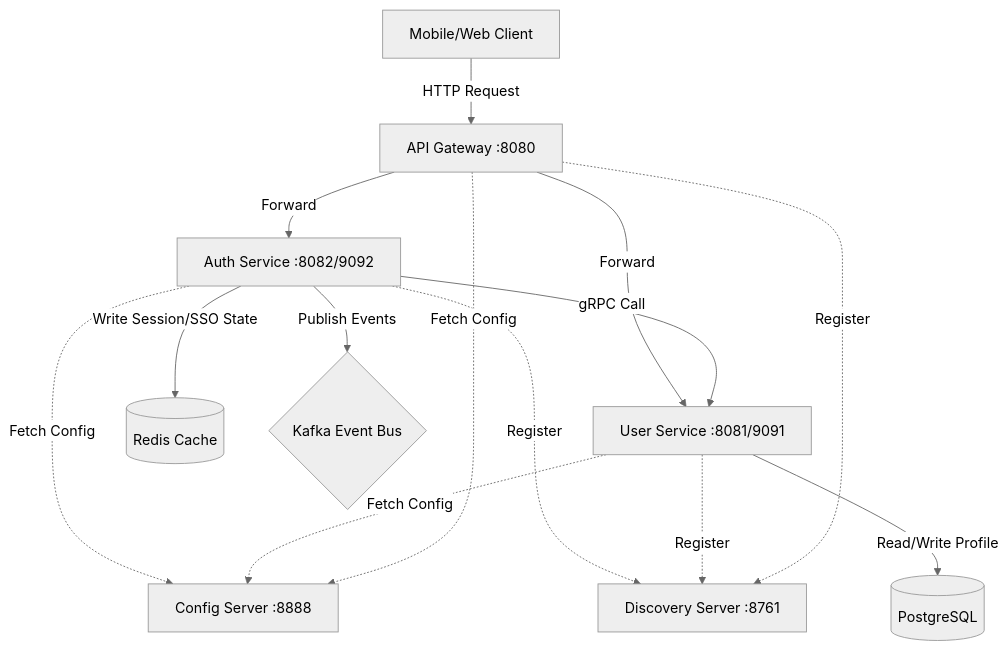
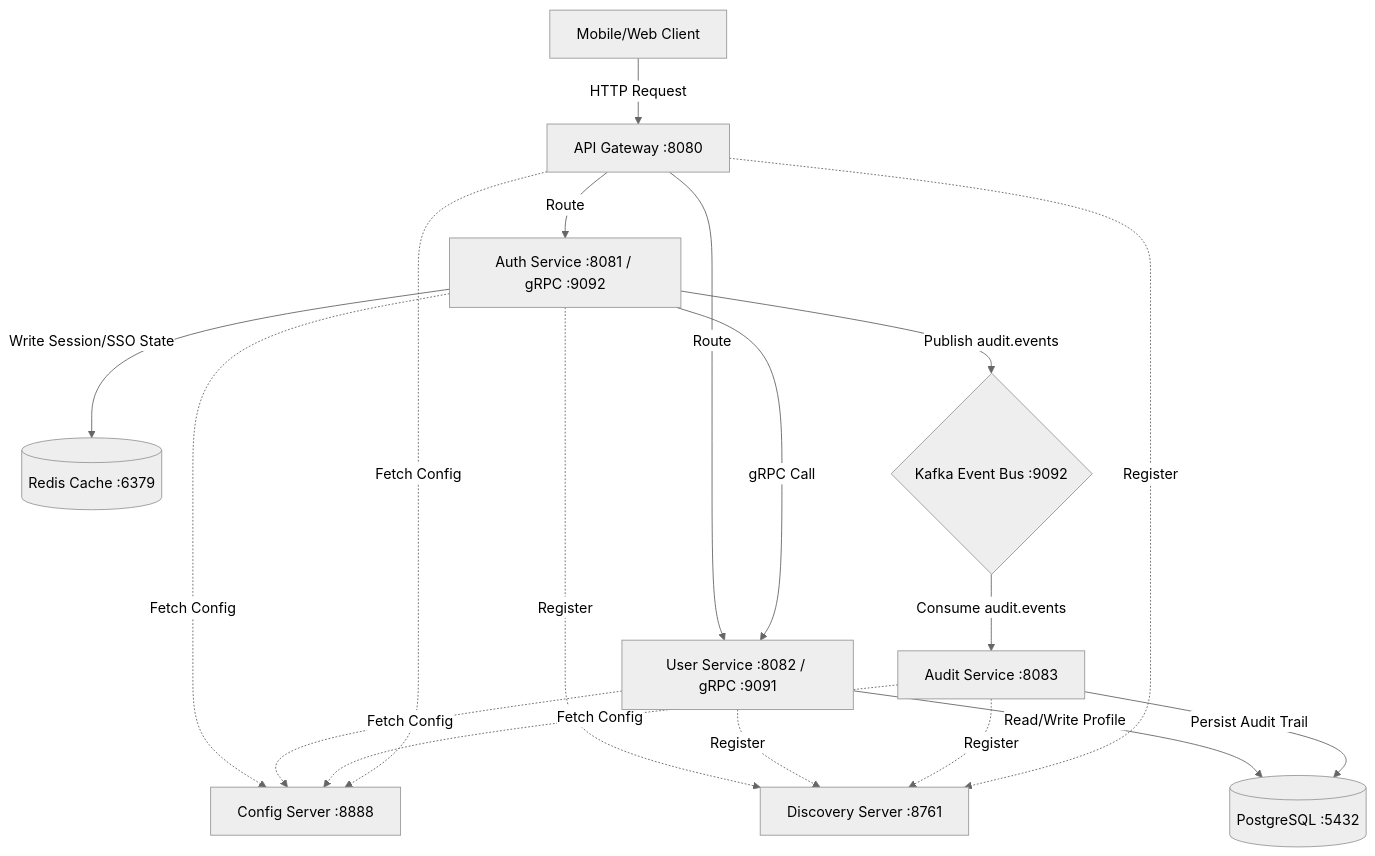
The first of 2 diagrams in README.md (lethanhtrong161005/bitebolt-be), drawn with Mermaid (neutral theme) before and after one commit. The commit also changed other lines of this file and 127 other files, not shown here.

````diff
--- a/README.md
+++ b/README.md
@@ -17,27 +21,36 @@
 ```mermaid
 graph TD
     Client[Mobile/Web Client]
     Gateway[API Gateway :8080]
     ConfigServer[Config Server :8888]
     DiscoveryServer[Discovery Server :8761]
-    AuthService[Auth Service :8082/9092]
-    UserService[User Service :8081/9091]
-    Redis[(Redis Cache)]
-    Postgres[(PostgreSQL)]
-    Kafka{Kafka Event Bus}
+    AuthService[Auth Service :8081 / gRPC :9092]
+    UserService[User Service :8082 / gRPC :9091]
+    AuditService[Audit Service :8083]
+    
+    Redis[(Redis Cache :6379)]
+    Postgres[(PostgreSQL :5432)]
+    Kafka{Kafka Event Bus :9092}
     
     Client -->|HTTP Request| Gateway
-    Gateway -->|Forward| AuthService
-    Gateway -->|Forward| UserService
+    Gateway -->|Route| AuthService
+    Gateway -->|Route| UserService
+    
     AuthService -.->|Fetch Config| ConfigServer
     UserService -.->|Fetch Config| ConfigServer
+    AuditService -.->|Fetch Config| ConfigServer
     Gateway -.->|Fetch Config| ConfigServer
+    
     AuthService -.->|Register| DiscoveryServer
     UserService -.->|Register| DiscoveryServer
+    AuditService -.->|Register| DiscoveryServer
     Gateway -.->|Register| DiscoveryServer
 
     AuthService -->|gRPC Call| UserService
     AuthService -->|Write Session/SSO State| Redis
-    AuthService -->|Publish Events| Kafka
+    AuthService -->|Publish audit.events| Kafka
     UserService -->|Read/Write Profile| Postgres
+    
+    Kafka -->|Consume audit.events| AuditService
+    AuditService -->|Persist Audit Trail| Postgres
 ```
````
